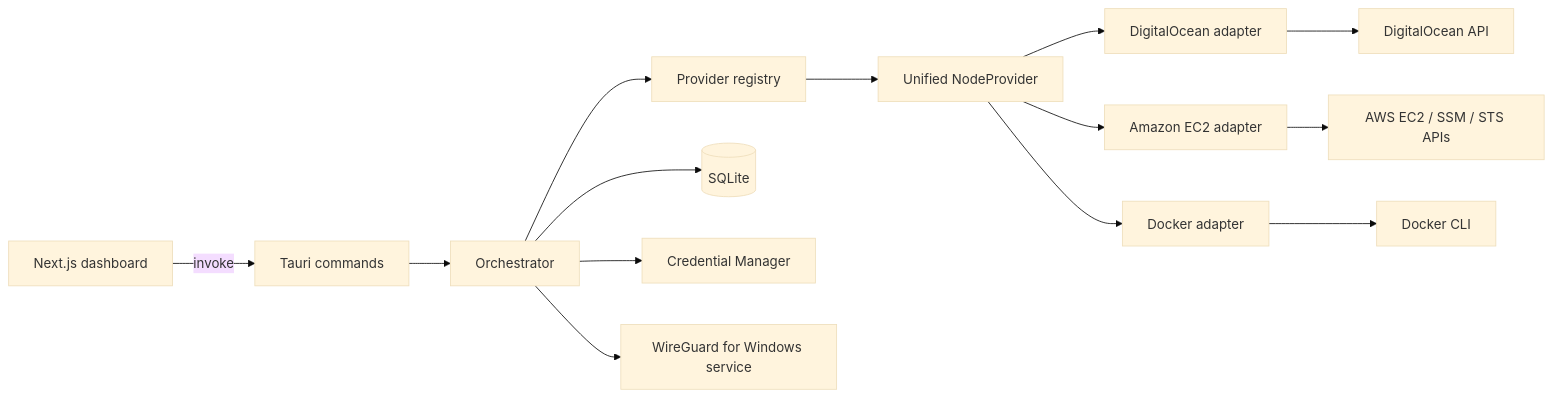
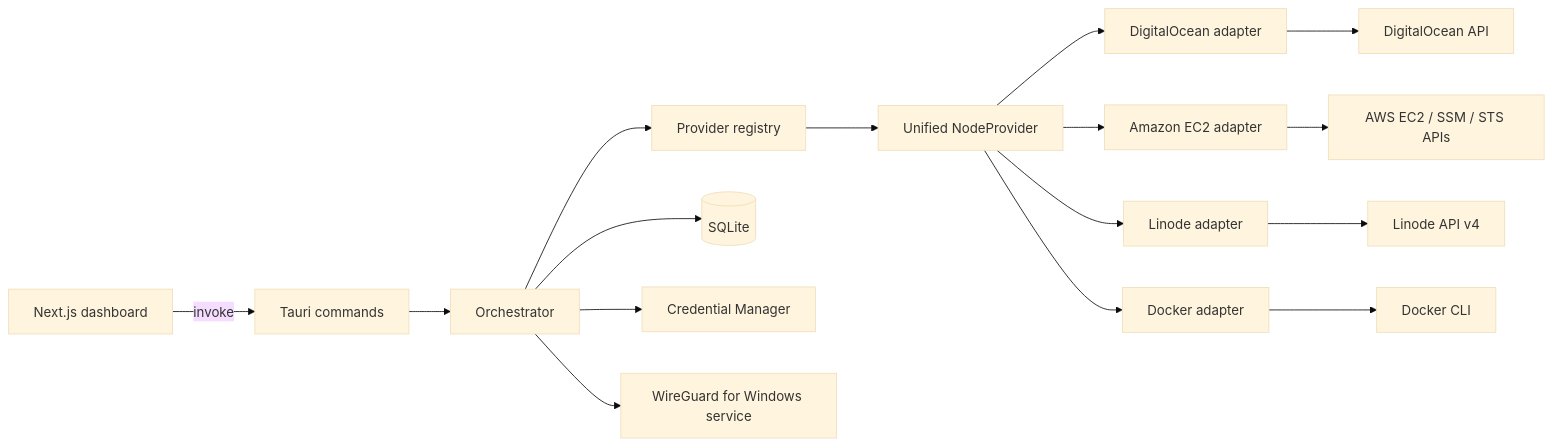
The diagram in docs/ARCHITECTURE.md (GoatPxl/blink-vpn), drawn with Mermaid (base theme) before and after one commit. The commit also changed other lines of this file and 25 other files, not shown here.

````diff
--- a/docs/ARCHITECTURE.md
+++ b/docs/ARCHITECTURE.md
@@ -24,16 +25,18 @@
 ```mermaid
 flowchart LR
   UI[Next.js dashboard] -->|invoke| CMD[Tauri commands]
   CMD --> ORCH[Orchestrator]
   ORCH --> REG[Provider registry]
   REG --> NP[Unified NodeProvider]
   NP --> DO[DigitalOcean adapter]
   NP --> EC2[Amazon EC2 adapter]
+  NP --> LIN[Linode adapter]
   NP --> DKR[Docker adapter]
   ORCH --> DB[(SQLite)]
   ORCH --> SEC[Credential Manager]
   ORCH --> RUNTIME[WireGuard for Windows service]
   DO --> DOAPI[DigitalOcean API]
   EC2 --> AWSAPI[AWS EC2 / SSM / STS APIs]
+  LIN --> LINAPI[Linode API v4]
   DKR --> DKRCLI[Docker CLI]
 ```
````
